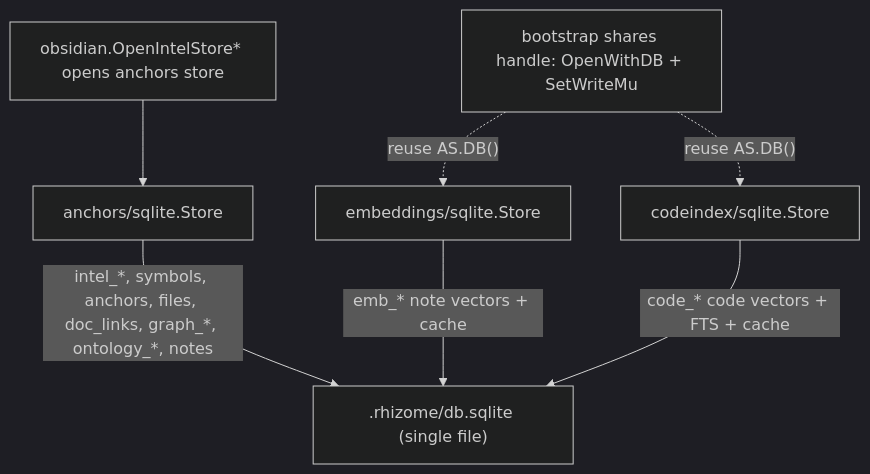
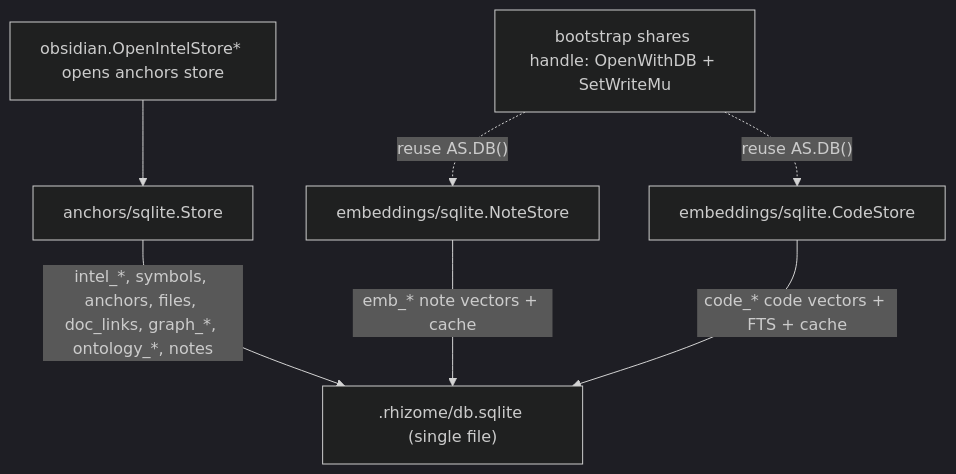
Before and after one commit to atomicobject/rhizome: the first of 2 diagrams in docs/hubs/Code Index (Hub).md, drawn with Mermaid (dark theme). The commit also changed other lines of this file and 3507 other files, not shown here.

````diff
--- a/docs/hubs/Code Index (Hub).md
+++ b/docs/hubs/Code Index (Hub).md
@@ -20,10 +20,10 @@
 ```mermaid
 flowchart TD
     DB[".rhizome/db.sqlite (single file)"]
     AS["anchors/sqlite.Store"] -->|"intel_*, symbols, anchors, files, doc_links, graph_*, ontology_*, notes"| DB
-    ES["embeddings/sqlite.Store"] -->|"emb_* note vectors + cache"| DB
-    CS["codeindex/sqlite.Store"] -->|"code_* code vectors + FTS + cache"| DB
+    ES["embeddings/sqlite.NoteStore"] -->|"emb_* note vectors + cache"| DB
+    CS["embeddings/sqlite.CodeStore"] -->|"code_* code vectors + FTS + cache"| DB
     OPEN["obsidian.OpenIntelStore* opens anchors store"] --> AS
     SHARE["bootstrap shares handle: OpenWithDB + SetWriteMu"] -.->|"reuse AS.DB()"| ES
     SHARE -.->|"reuse AS.DB()"| CS
 ```
````
